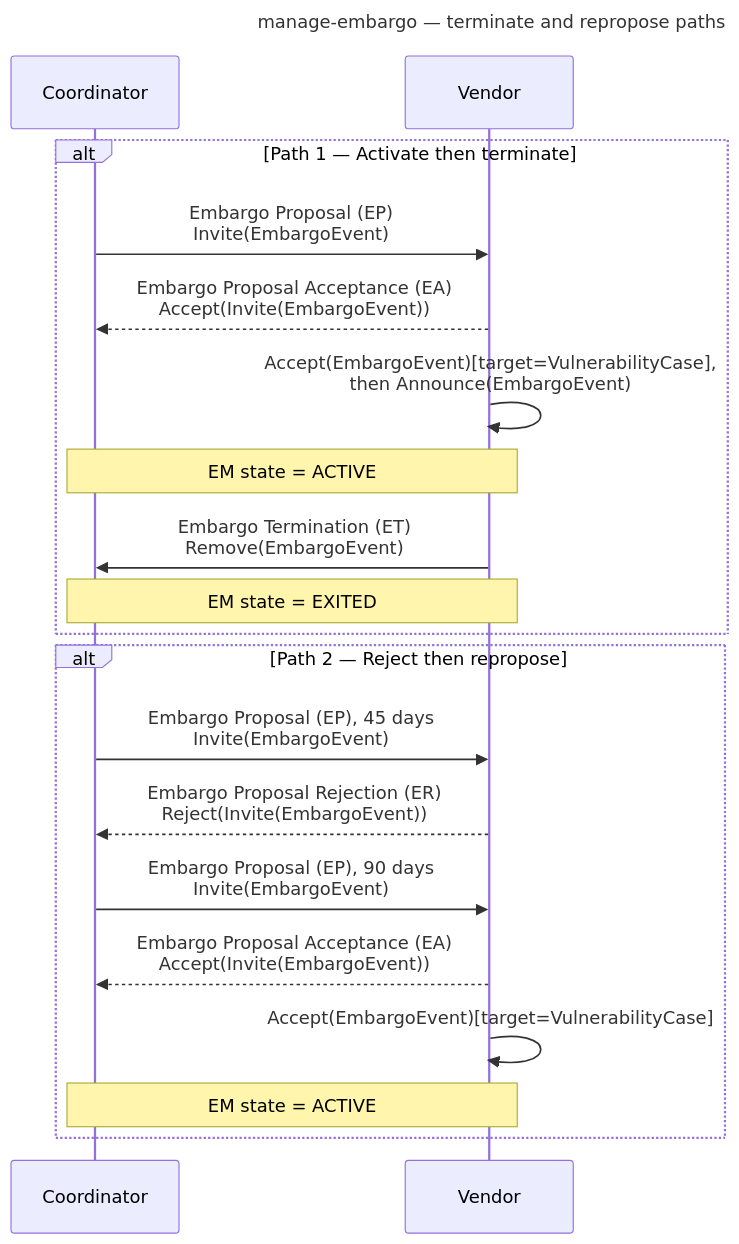
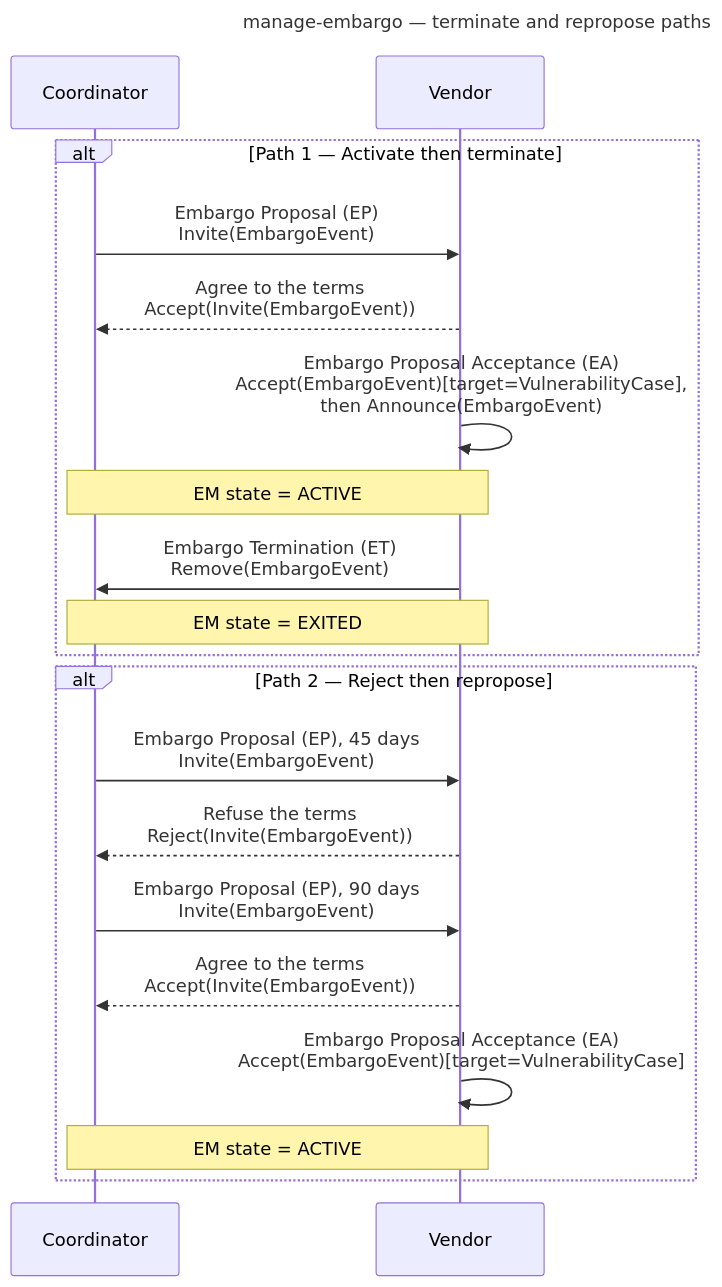
One commit to CERTCC/Vultron changed the seventh of 9 diagrams in docs/tutorials/other_demos.md. Above: the diagram before and after it, drawn with Mermaid. The commit also changed other lines of this file and 42 other files, not shown here.

First line of the commit message:
feat(msm): tag the Case Owner's embargo decision with EA, EC, ER and EJ

````diff
--- a/docs/tutorials/other_demos.md
+++ b/docs/tutorials/other_demos.md
@@ -363,26 +363,26 @@
 ```mermaid
 ---
 title: manage-embargo — terminate and repropose paths
 ---
 sequenceDiagram
     participant C as Coordinator
     participant V as Vendor
 
     alt Path 1 — Activate then terminate
         C->>V: Embargo Proposal (EP)<br/>Invite(EmbargoEvent)
-        V-->>C: Embargo Proposal Acceptance (EA)<br/>Accept(Invite(EmbargoEvent))
-        V->>V: Accept(EmbargoEvent)[target=VulnerabilityCase],<br/>then Announce(EmbargoEvent)
+        V-->>C: Agree to the terms<br/>Accept(Invite(EmbargoEvent))
+        V->>V: Embargo Proposal Acceptance (EA)<br/>Accept(EmbargoEvent)[target=VulnerabilityCase],<br/>then Announce(EmbargoEvent)
         Note over C,V: EM state = ACTIVE
         V->>C: Embargo Termination (ET)<br/>Remove(EmbargoEvent)
         Note over C,V: EM state = EXITED
     end
 
     alt Path 2 — Reject then repropose
         C->>V: Embargo Proposal (EP), 45 days<br/>Invite(EmbargoEvent)
-        V-->>C: Embargo Proposal Rejection (ER)<br/>Reject(Invite(EmbargoEvent))
+        V-->>C: Refuse the terms<br/>Reject(Invite(EmbargoEvent))
         C->>V: Embargo Proposal (EP), 90 days<br/>Invite(EmbargoEvent)
-        V-->>C: Embargo Proposal Acceptance (EA)<br/>Accept(Invite(EmbargoEvent))
-        V->>V: Accept(EmbargoEvent)[target=VulnerabilityCase]
+        V-->>C: Agree to the terms<br/>Accept(Invite(EmbargoEvent))
+        V->>V: Embargo Proposal Acceptance (EA)<br/>Accept(EmbargoEvent)[target=VulnerabilityCase]
         Note over C,V: EM state = ACTIVE
     end
 ```
````
